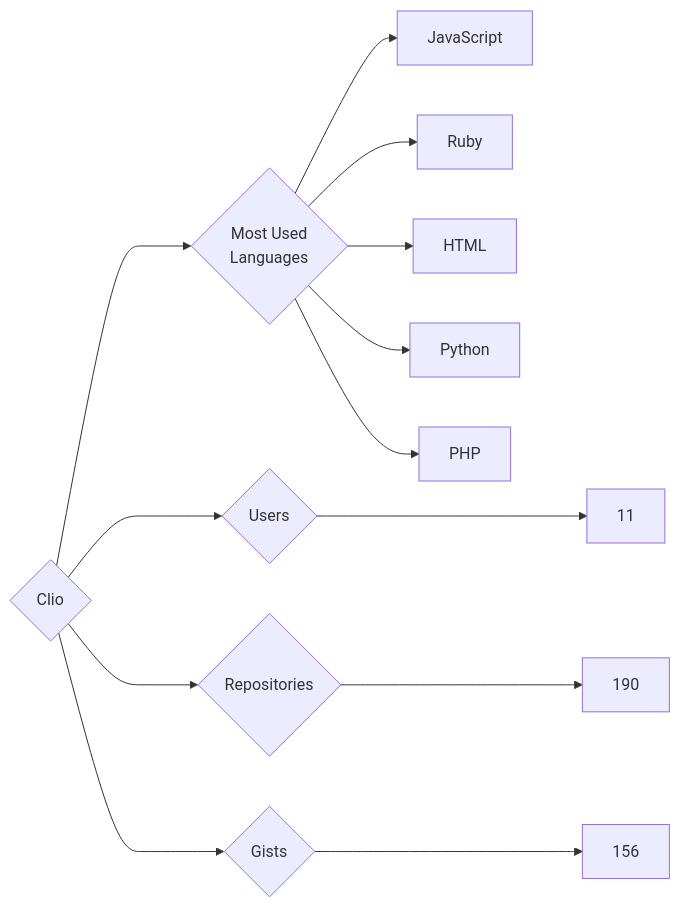
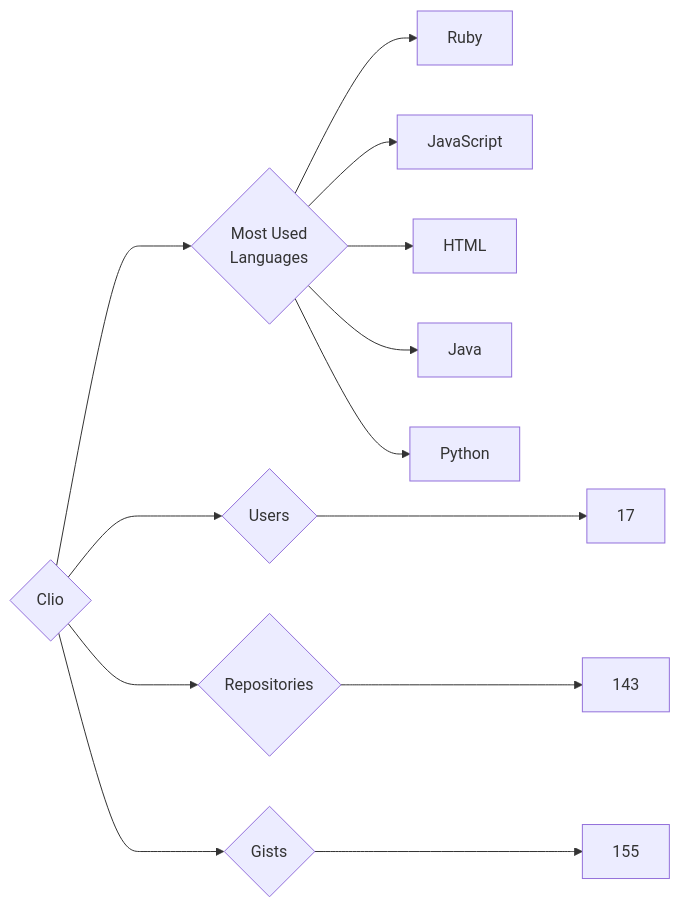
Before and after one commit to trickest/insiders: the diagram in targets/Clio/README.md, drawn with Mermaid. The commit also changed 944 other files, not shown here.

````diff
--- a/targets/Clio/README.md
+++ b/targets/Clio/README.md
@@ -3,13 +3,13 @@
 ```mermaid
 graph LR
 COMPANY_NAME{Clio}
-COMPANY_NAME ---> U{Users} ---> UN[11]
-COMPANY_NAME ---> R{Repositories} ---> RN[190]
-COMPANY_NAME ---> G{Gists} ---> GN[156]
+COMPANY_NAME ---> U{Users} ---> UN[17]
+COMPANY_NAME ---> R{Repositories} ---> RN[143]
+COMPANY_NAME ---> G{Gists} ---> GN[155]
 COMPANY_NAME ---> ML{Most Used<br>Languages}
+ML --> Ruby[Ruby]
 ML --> JavaScript[JavaScript]
-ML --> Ruby[Ruby]
 ML --> HTML[HTML]
+ML --> Java[Java]
 ML --> Python[Python]
-ML --> PHP[PHP]
 ```
````
